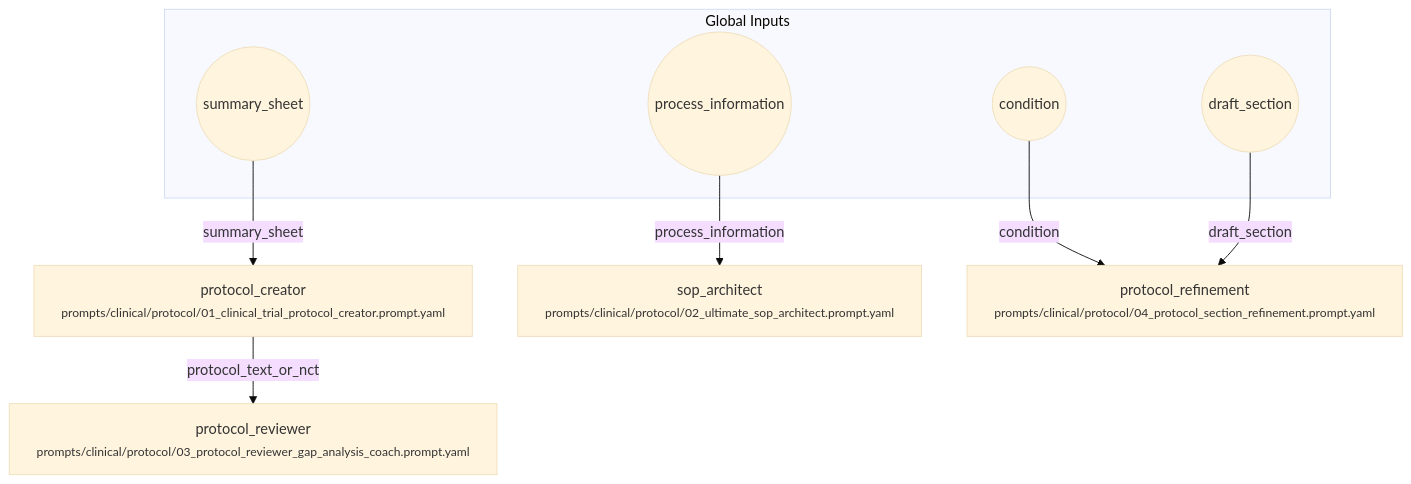
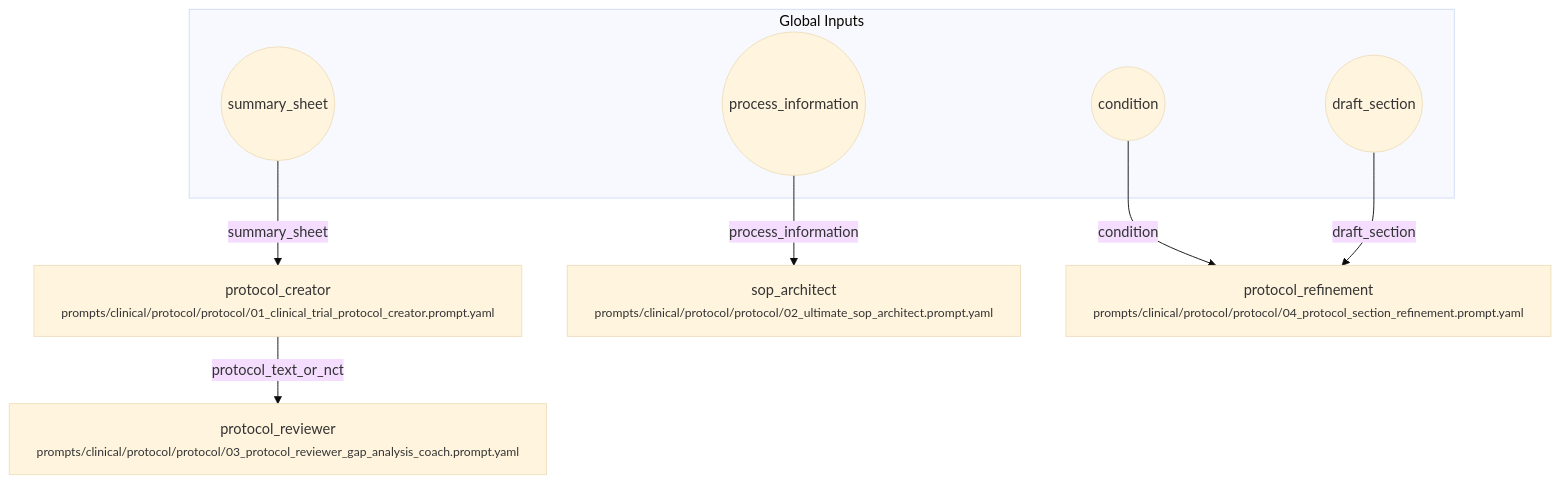
The diagram in workflows/clinical/protocol.workflow.md (fderuiter/proompts), drawn with Mermaid (base theme) before and after one commit. The commit also changed 31 other files, not shown here.

````diff
--- a/workflows/clinical/protocol.workflow.md
+++ b/workflows/clinical/protocol.workflow.md
@@ -7,18 +7,18 @@
 ```mermaid
 flowchart TD
     subgraph Inputs [Global Inputs]
         inp_summary_sheet((summary_sheet))
         inp_process_information((process_information))
         inp_condition((condition))
         inp_draft_section((draft_section))
     end
-    protocol_creator["protocol_creator<br/><small>prompts/clinical/protocol/01_clinical_trial_protocol_creator.prompt.yaml</small>"]
-    sop_architect["sop_architect<br/><small>prompts/clinical/protocol/02_ultimate_sop_architect.prompt.yaml</small>"]
-    protocol_reviewer["protocol_reviewer<br/><small>prompts/clinical/protocol/03_protocol_reviewer_gap_analysis_coach.prompt.yaml</small>"]
-    protocol_refinement["protocol_refinement<br/><small>prompts/clinical/protocol/04_protocol_section_refinement.prompt.yaml</small>"]
+    protocol_creator["protocol_creator<br/><small>prompts/clinical/protocol/protocol/01_clinical_trial_protocol_creator.prompt.yaml</small>"]
+    sop_architect["sop_architect<br/><small>prompts/clinical/protocol/protocol/02_ultimate_sop_architect.prompt.yaml</small>"]
+    protocol_reviewer["protocol_reviewer<br/><small>prompts/clinical/protocol/protocol/03_protocol_reviewer_gap_analysis_coach.prompt.yaml</small>"]
+    protocol_refinement["protocol_refinement<br/><small>prompts/clinical/protocol/protocol/04_protocol_section_refinement.prompt.yaml</small>"]
     inp_summary_sheet -->|summary_sheet| protocol_creator
     inp_process_information -->|process_information| sop_architect
     protocol_creator -->|protocol_text_or_nct| protocol_reviewer
     inp_condition -->|condition| protocol_refinement
     inp_draft_section -->|draft_section| protocol_refinement
 ```
````
